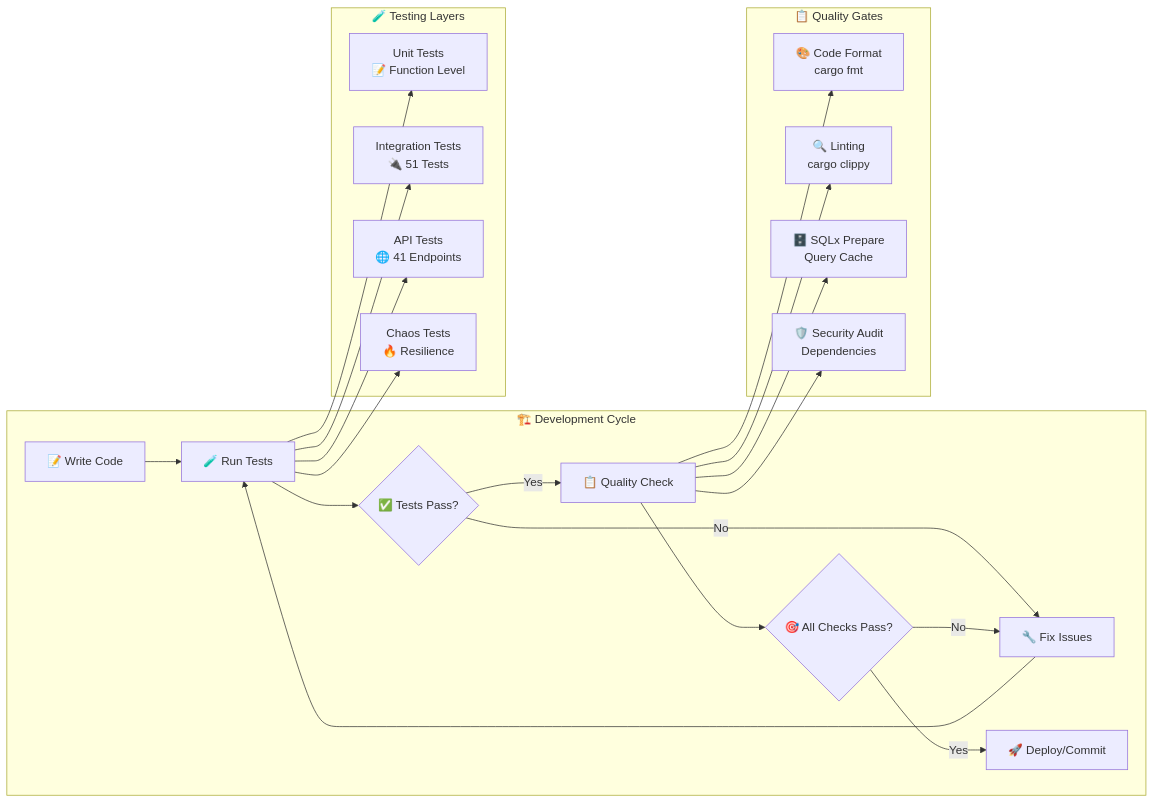
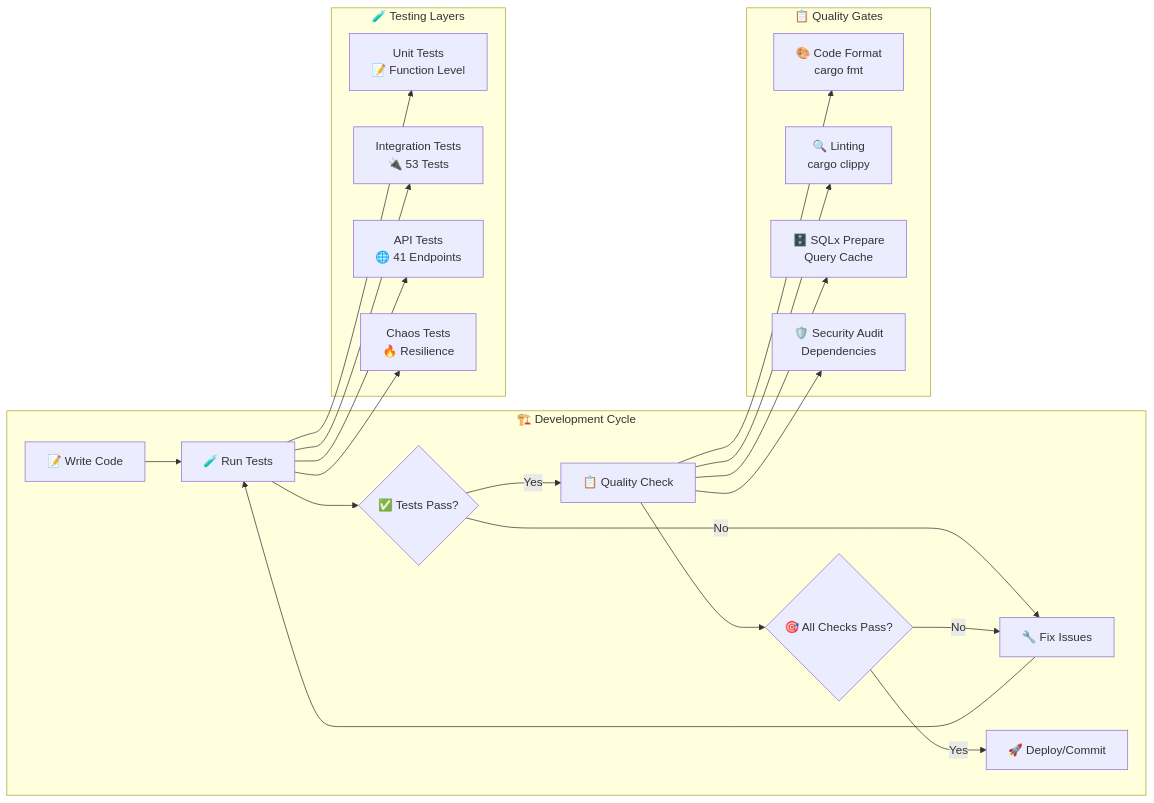
The second of 2 diagrams in README.md (quanhua92/rust-fullstack-starter), drawn with Mermaid before and after one commit. The commit also changed other lines of this file and 9 other files, not shown here.

````diff
--- a/README.md
+++ b/README.md
@@ -117,37 +117,37 @@
 ```mermaid
 flowchart LR
     subgraph "🏗️ Development Cycle"
         A[📝 Write Code] --> B[🧪 Run Tests]
         B --> C{✅ Tests Pass?}
         C -->|No| D[🔧 Fix Issues]
         C -->|Yes| E[📋 Quality Check]
         D --> B
         E --> F{🎯 All Checks Pass?}
         F -->|No| D
         F -->|Yes| G[🚀 Deploy/Commit]
     end
     
     subgraph "🧪 Testing Layers"
         T1[Unit Tests<br/>📝 Function Level]
-        T2[Integration Tests<br/>🔌 51 Tests]
+        T2[Integration Tests<br/>🔌 53 Tests]
         T3[API Tests<br/>🌐 41 Endpoints]
         T4[Chaos Tests<br/>🔥 Resilience]
     end
     
     subgraph "📋 Quality Gates"
         Q1[🎨 Code Format<br/>cargo fmt]
         Q2[🔍 Linting<br/>cargo clippy]
         Q3[🗄️ SQLx Prepare<br/>Query Cache]
         Q4[🛡️ Security Audit<br/>Dependencies]
     end
     
     B --> T1
     B --> T2
     B --> T3
     B --> T4
     
     E --> Q1
     E --> Q2
     E --> Q3
     E --> Q4
 ```
````
